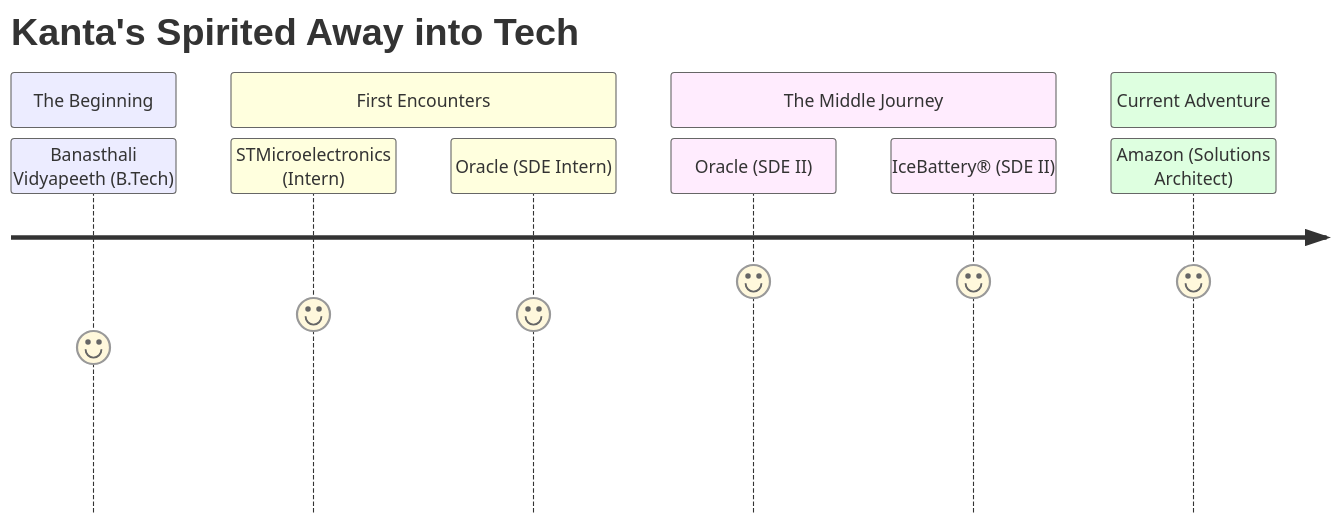
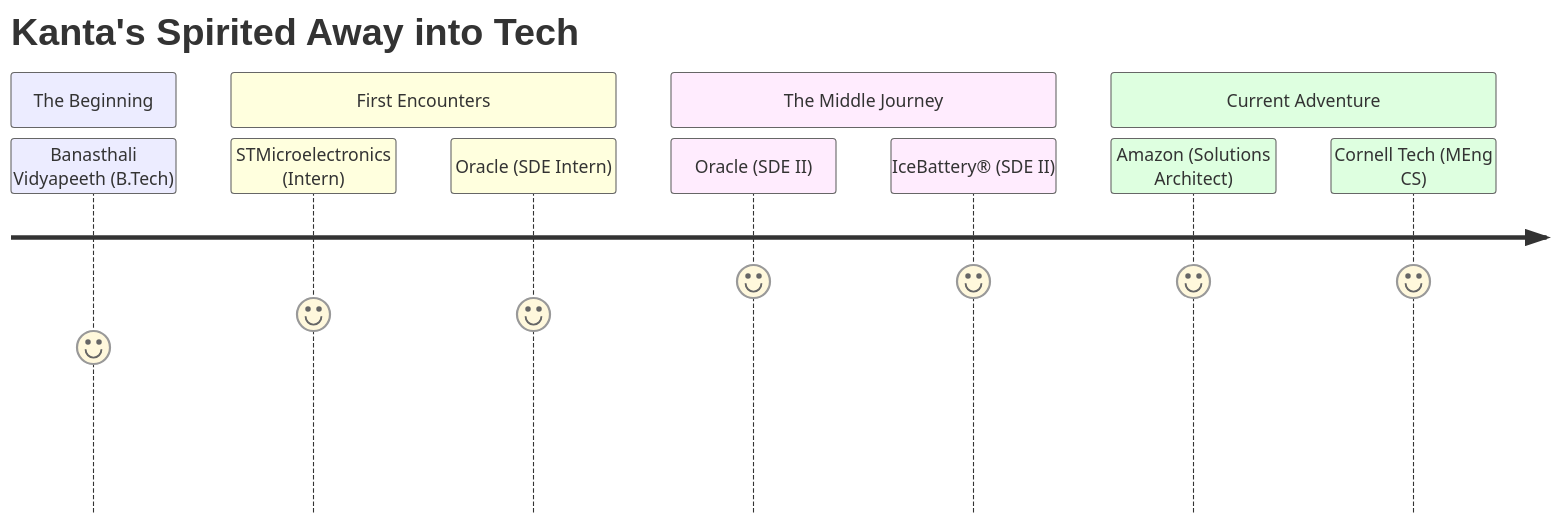
Before and after one commit to kantagarg17/kantagarg17: the diagram in README.md, drawn with Mermaid. The commit also changed other lines of this file, not shown here.

````diff
--- a/README.md
+++ b/README.md
@@ -87,14 +119,15 @@
 ```mermaid
 journey
   title Kanta's Spirited Away into Tech
   section The Beginning
     Banasthali Vidyapeeth (B.Tech): 5
   section First Encounters
     STMicroelectronics (Intern): 6
     Oracle (SDE Intern): 6
   section The Middle Journey
     Oracle (SDE II): 7
     IceBattery® (SDE II): 7
   section Current Adventure
     Amazon (Solutions Architect): 7
+    Cornell Tech (MEng CS): 7
 ```
````
